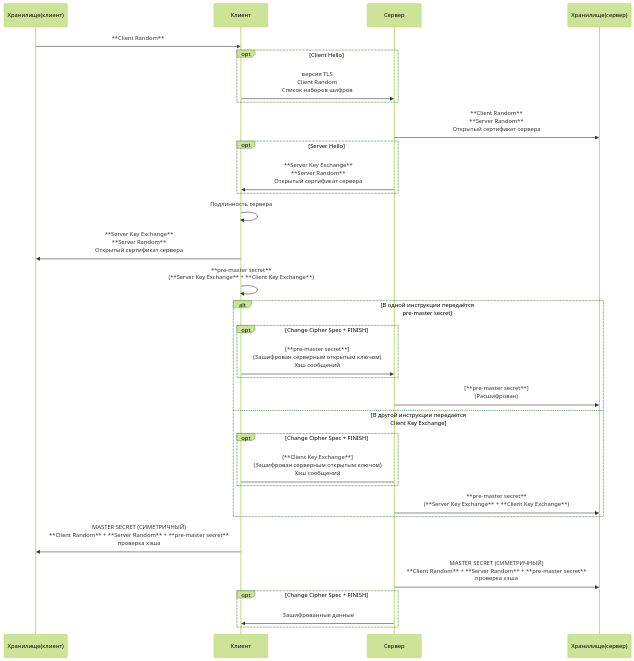
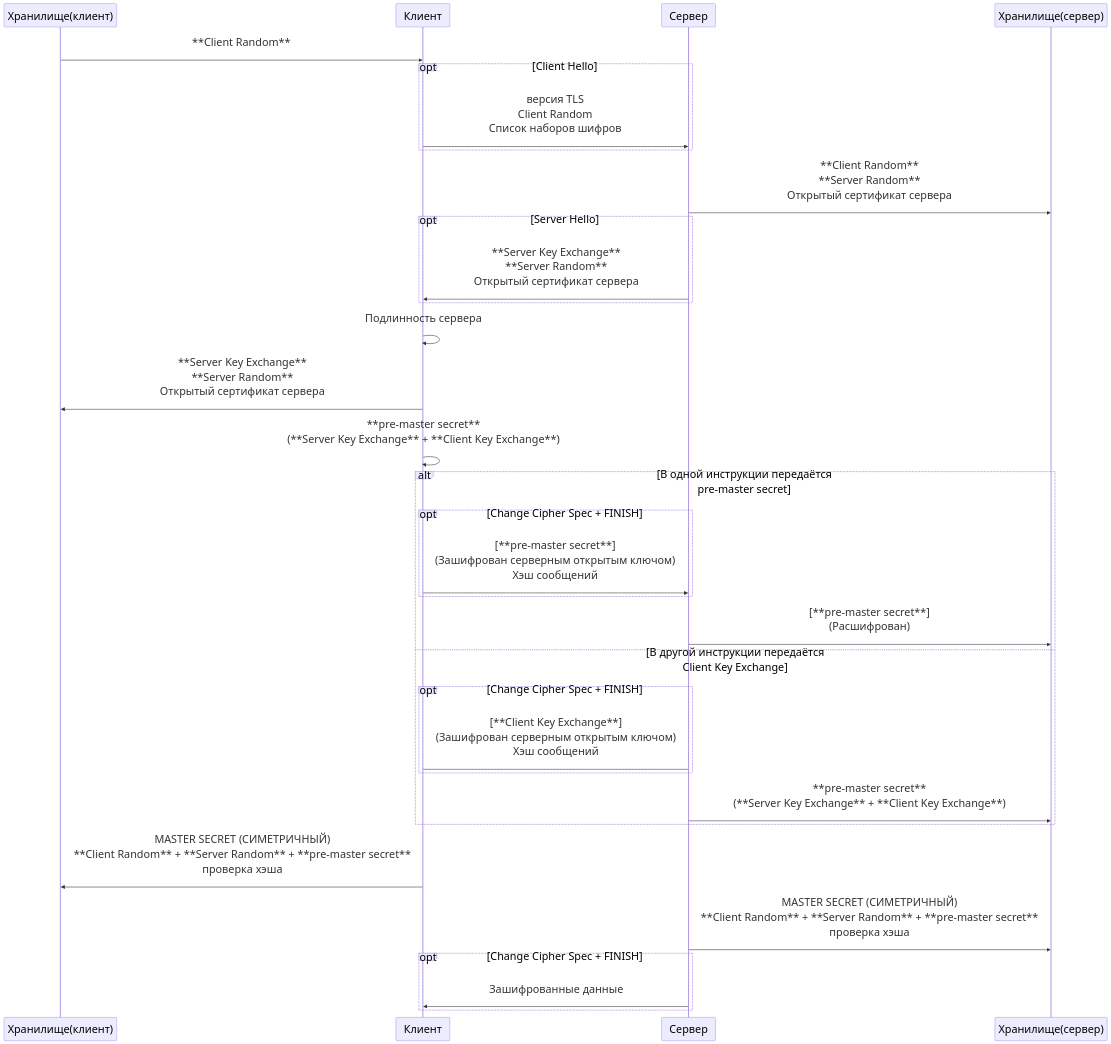
Before and after one commit to Firzen475/Common: the diagram in linux/net/Теория/https запрос (поправить форматирование).md, drawn with Mermaid.

````diff
--- a/linux/net/Теория/https запрос (поправить форматирование).md
+++ b/linux/net/Теория/https запрос (поправить форматирование).md
@@ -27,40 +27,40 @@
 ```mermaid
 %%{init: {
-  'theme': 'forest',
-  'fontSize': 'dark',
+  'theme': 'default',
+  'fontSize': '30',
   'themeCSS': 'text { font-size: 60px !important; }',
   'fontFamily': 'sans-serif',
   'sequence': {
 
   }
 }}%%
 sequenceDiagram
     Хранилище(клиент) ->> Клиент: **Client Random**
     opt Client Hello
         Клиент->>Сервер: версия TLS<br>Client Random<br>Список наборов шифров
     end
     Сервер ->> Хранилище(сервер): **Client Random**<br>**Server Random**<br>Открытый сертификат сервера
     opt Server Hello
         Сервер->>Клиент: **Server Key Exchange**<br>**Server Random**<br>Открытый сертификат сервера
     end
     Клиент->>Клиент: Подлинность сервера
     Клиент->>Хранилище(клиент): **Server Key Exchange**<br>**Server Random**<br>Открытый сертификат сервера
     Клиент ->> Клиент: **pre-master secret**<br>(**Server Key Exchange** + **Client Key Exchange**)
     alt В одной инструкции передаётся<br>pre-master secret
         opt Change Cipher Spec + FINISH
             Клиент->>Сервер: [**pre-master secret**]<br>(Зашифрован серверным открытым ключом)<br>Хэш сообщений
         end
         Сервер ->> Хранилище(сервер): [**pre-master secret**]<br>(Расшифрован)
     else В другой инструкции передаётся<br>Client Key Exchange
         opt Change Cipher Spec + FINISH
             Клиент->Сервер: [**Client Key Exchange**]<br>(Зашифрован серверным открытым ключом)<br>Хэш сообщений
         end
         Сервер ->> Хранилище(сервер): **pre-master secret**<br>(**Server Key Exchange** + **Client Key Exchange**)
     end
     Клиент ->> Хранилище(клиент): MASTER SECRET (СИМЕТРИЧНЫЙ)<br> **Client Random** + **Server Random** + **pre-master secret**<br>проверка хэша
     Сервер ->> Хранилище(сервер): MASTER SECRET (СИМЕТРИЧНЫЙ)<br> **Client Random** + **Server Random** + **pre-master secret**<br>проверка хэша
     opt Change Cipher Spec + FINISH
         Сервер ->> Клиент: Зашифрованные данные
     end
 
 ```
````
